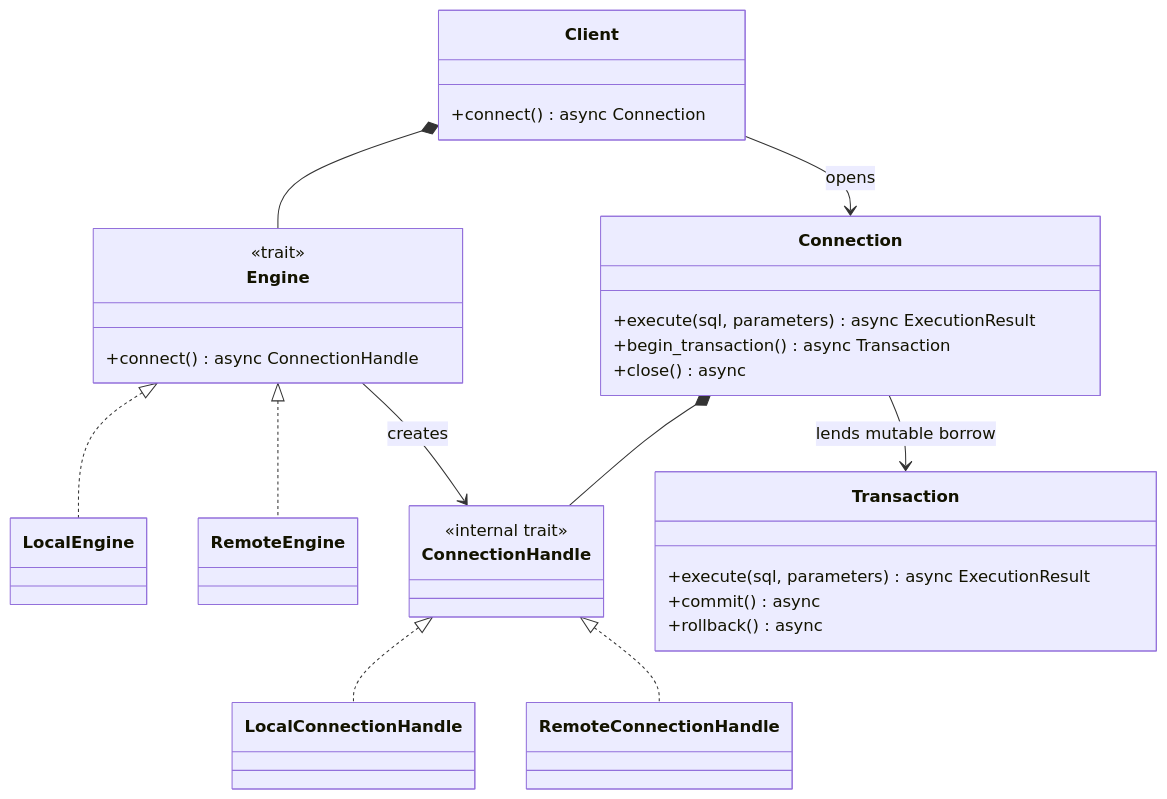
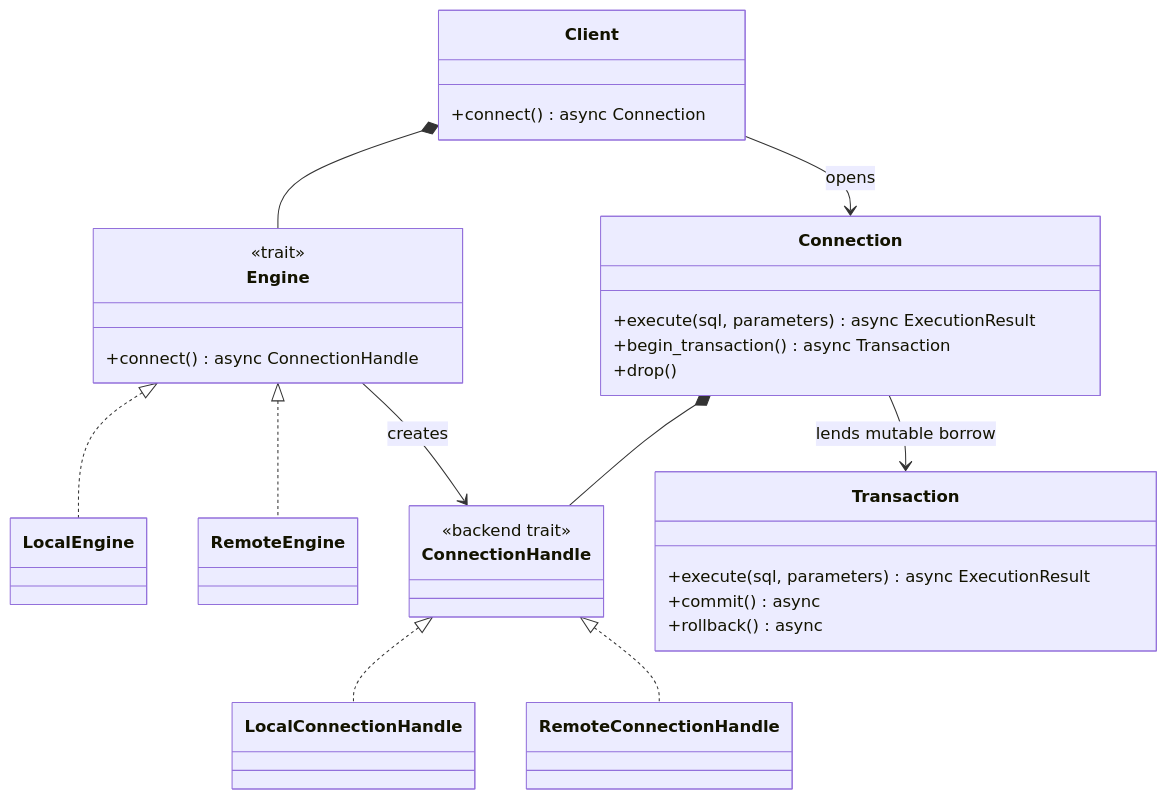
Before and after one commit to adityarao2005/database: the second of 3 diagrams in docs/design/README.md, drawn with Mermaid. The commit also changed other lines of this file and 5 other files, not shown here.

````diff
--- a/docs/design/README.md
+++ b/docs/design/README.md
@@ -23,36 +35,36 @@
 ```mermaid
 classDiagram
     class Client {
         +connect() async Connection
     }
     class Engine {
         <<trait>>
         +connect() async ConnectionHandle
     }
     class LocalEngine
     class RemoteEngine
     class ConnectionHandle {
-        <<internal trait>>
+        <<backend trait>>
     }
     class LocalConnectionHandle
     class RemoteConnectionHandle
     class Connection {
         +execute(sql, parameters) async ExecutionResult
         +begin_transaction() async Transaction
-        +close() async
+        +drop()
     }
     class Transaction {
         +execute(sql, parameters) async ExecutionResult
         +commit() async
         +rollback() async
     }
     Engine <|.. LocalEngine
     Engine <|.. RemoteEngine
     ConnectionHandle <|.. LocalConnectionHandle
     ConnectionHandle <|.. RemoteConnectionHandle
     Client *-- Engine
     Client --> Connection : opens
     Engine --> ConnectionHandle : creates
     Connection *-- ConnectionHandle
     Connection --> Transaction : lends mutable borrow
 ```
````
